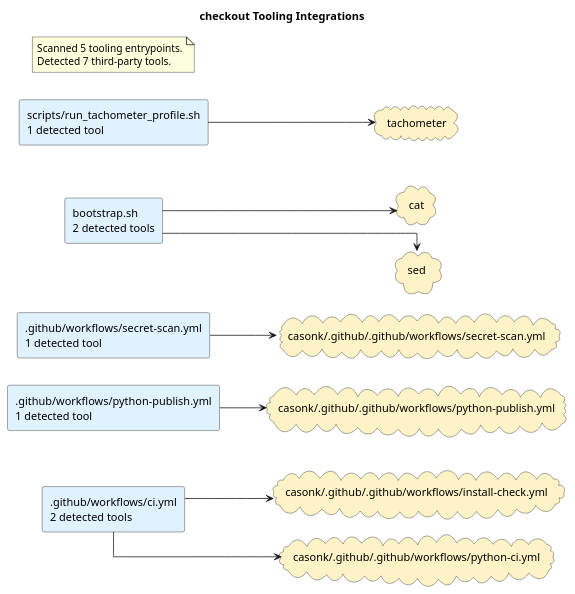
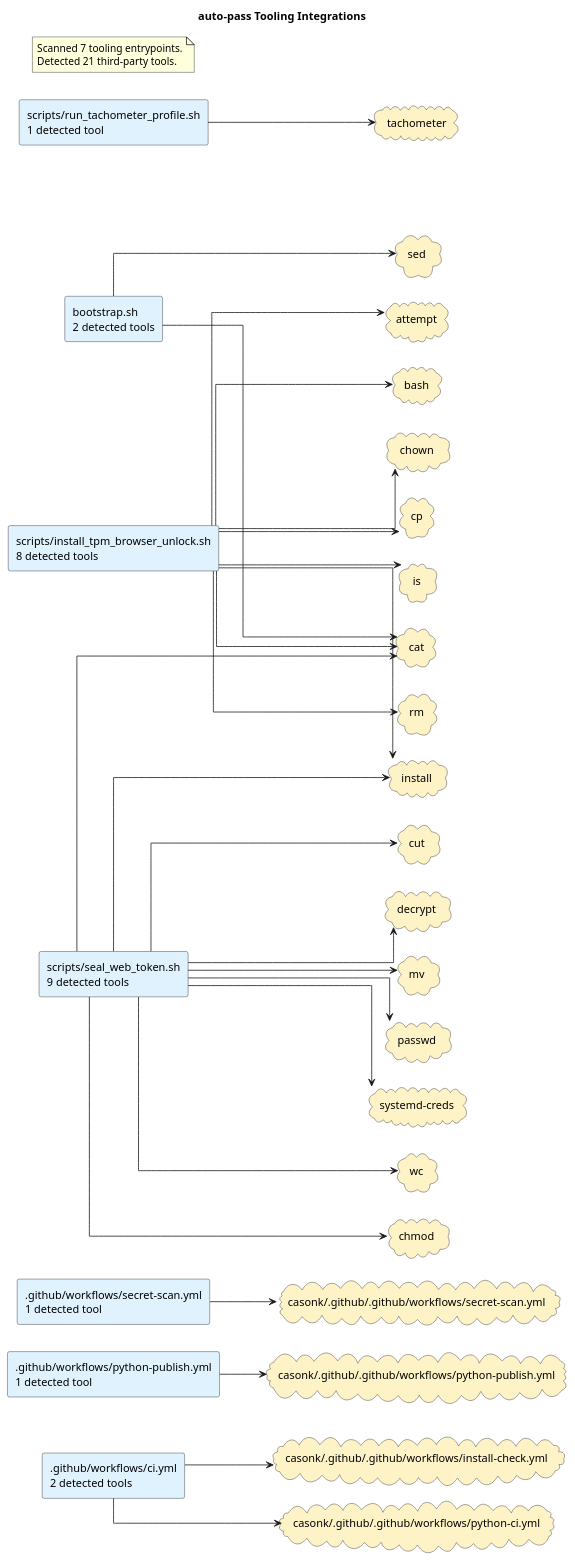
The diagram in docs/diagrams/tooling-integrations.puml (casonk/auto-pass), drawn with PlantUML before and after one commit. The commit also changed 25 other files, not shown here.

```diff
--- a/docs/diagrams/tooling-integrations.puml
+++ b/docs/diagrams/tooling-integrations.puml
@@ -1,31 +1,64 @@
 @startuml
-title checkout Tooling Integrations
+title auto-pass Tooling Integrations
 left to right direction
 skinparam shadowing false
 skinparam defaultFontName Monospace
 skinparam componentStyle rectangle
 skinparam linetype ortho
 rectangle ".github/workflows/ci.yml\n2 detected tools" as source_github_workflows_ci_yml #E0F2FE
 rectangle ".github/workflows/python-publish.yml\n1 detected tool" as source_github_workflows_python_publish_yml #E0F2FE
 rectangle ".github/workflows/secret-scan.yml\n1 detected tool" as source_github_workflows_secret_scan_yml #E0F2FE
 rectangle "bootstrap.sh\n2 detected tools" as source_bootstrap_sh #E0F2FE
+rectangle "scripts/install_tpm_browser_unlock.sh\n8 detected tools" as source_scripts_install_tpm_browser_unlock_sh #E0F2FE
 rectangle "scripts/run_tachometer_profile.sh\n1 detected tool" as source_scripts_run_tachometer_profile_sh #E0F2FE
+rectangle "scripts/seal_web_token.sh\n9 detected tools" as source_scripts_seal_web_token_sh #E0F2FE
+cloud "attempt" as tool_attempt #FEF3C7
+cloud "bash" as tool_bash #FEF3C7
 cloud "casonk/.github/.github/workflows/install-check.yml" as tool_casonk_github_github_workflows_install_check_yml #FEF3C7
 cloud "casonk/.github/.github/workflows/python-ci.yml" as tool_casonk_github_github_workflows_python_ci_yml #FEF3C7
 cloud "casonk/.github/.github/workflows/python-publish.yml" as tool_casonk_github_github_workflows_python_publish_yml #FEF3C7
 cloud "casonk/.github/.github/workflows/secret-scan.yml" as tool_casonk_github_github_workflows_secret_scan_yml #FEF3C7
 cloud "cat" as tool_cat #FEF3C7
+cloud "chmod" as tool_chmod #FEF3C7
+cloud "chown" as tool_chown #FEF3C7
+cloud "cp" as tool_cp #FEF3C7
+cloud "cut" as tool_cut #FEF3C7
+cloud "decrypt" as tool_decrypt #FEF3C7
+cloud "install" as tool_install #FEF3C7
+cloud "is" as tool_is #FEF3C7
+cloud "mv" as tool_mv #FEF3C7
+cloud "passwd" as tool_passwd #FEF3C7
+cloud "rm" as tool_rm #FEF3C7
 cloud "sed" as tool_sed #FEF3C7
+cloud "systemd-creds" as tool_systemd_creds #FEF3C7
 cloud "tachometer" as tool_tachometer #FEF3C7
+cloud "wc" as tool_wc #FEF3C7
 source_github_workflows_ci_yml --> tool_casonk_github_github_workflows_install_check_yml
 source_github_workflows_ci_yml --> tool_casonk_github_github_workflows_python_ci_yml
 source_github_workflows_python_publish_yml --> tool_casonk_github_github_workflows_python_publish_yml
 source_github_workflows_secret_scan_yml --> tool_casonk_github_github_workflows_secret_scan_yml
 source_bootstrap_sh --> tool_cat
 source_bootstrap_sh --> tool_sed
+source_scripts_install_tpm_browser_unlock_sh --> tool_attempt
+source_scripts_install_tpm_browser_unlock_sh --> tool_bash
+source_scripts_install_tpm_browser_unlock_sh --> tool_cat
+source_scripts_install_tpm_browser_unlock_sh --> tool_chown
+source_scripts_install_tpm_browser_unlock_sh --> tool_cp
+source_scripts_install_tpm_browser_unlock_sh --> tool_install
+source_scripts_install_tpm_browser_unlock_sh --> tool_is
+source_scripts_install_tpm_browser_unlock_sh --> tool_rm
 source_scripts_run_tachometer_profile_sh --> tool_tachometer
+source_scripts_seal_web_token_sh --> tool_cat
+source_scripts_seal_web_token_sh --> tool_chmod
+source_scripts_seal_web_token_sh --> tool_cut
+source_scripts_seal_web_token_sh --> tool_decrypt
+source_scripts_seal_web_token_sh --> tool_install
+source_scripts_seal_web_token_sh --> tool_mv
+source_scripts_seal_web_token_sh --> tool_passwd
+source_scripts_seal_web_token_sh --> tool_systemd_creds
+source_scripts_seal_web_token_sh --> tool_wc
 note as toolingGraphSummary
-Scanned 5 tooling entrypoints.
-Detected 7 third-party tools.
+Scanned 7 tooling entrypoints.
+Detected 21 third-party tools.
 end note
 @enduml
```
